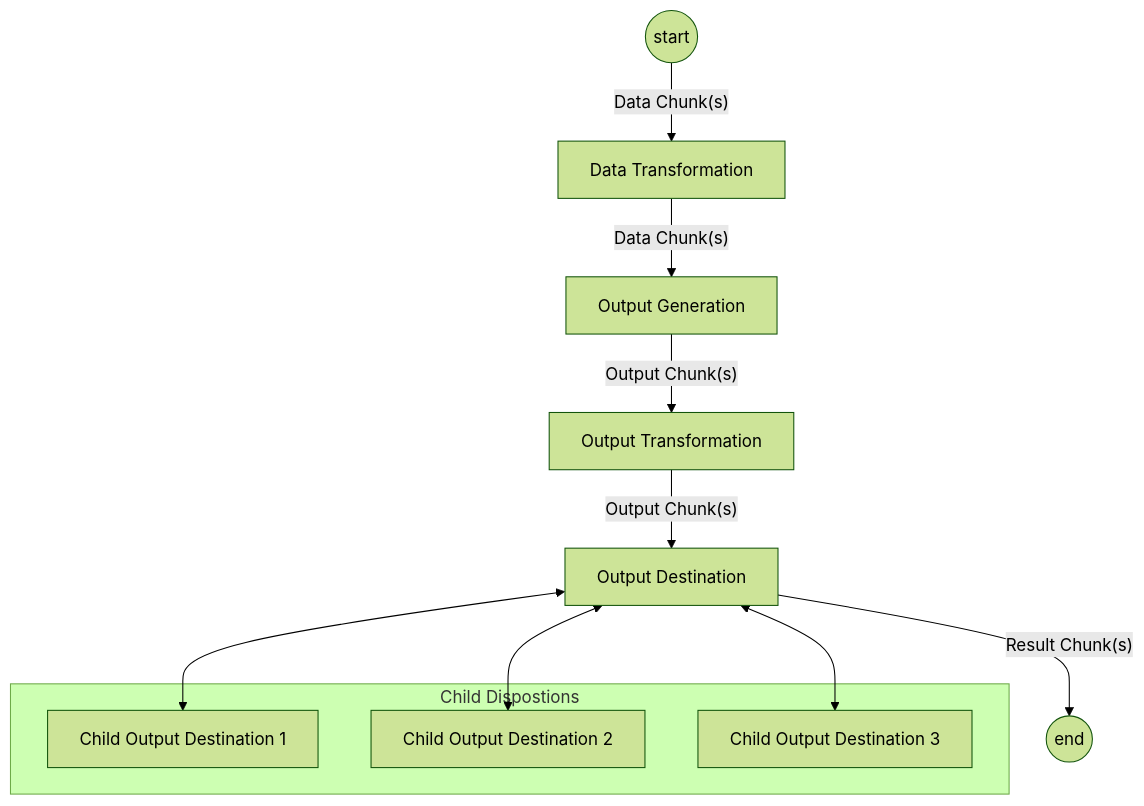
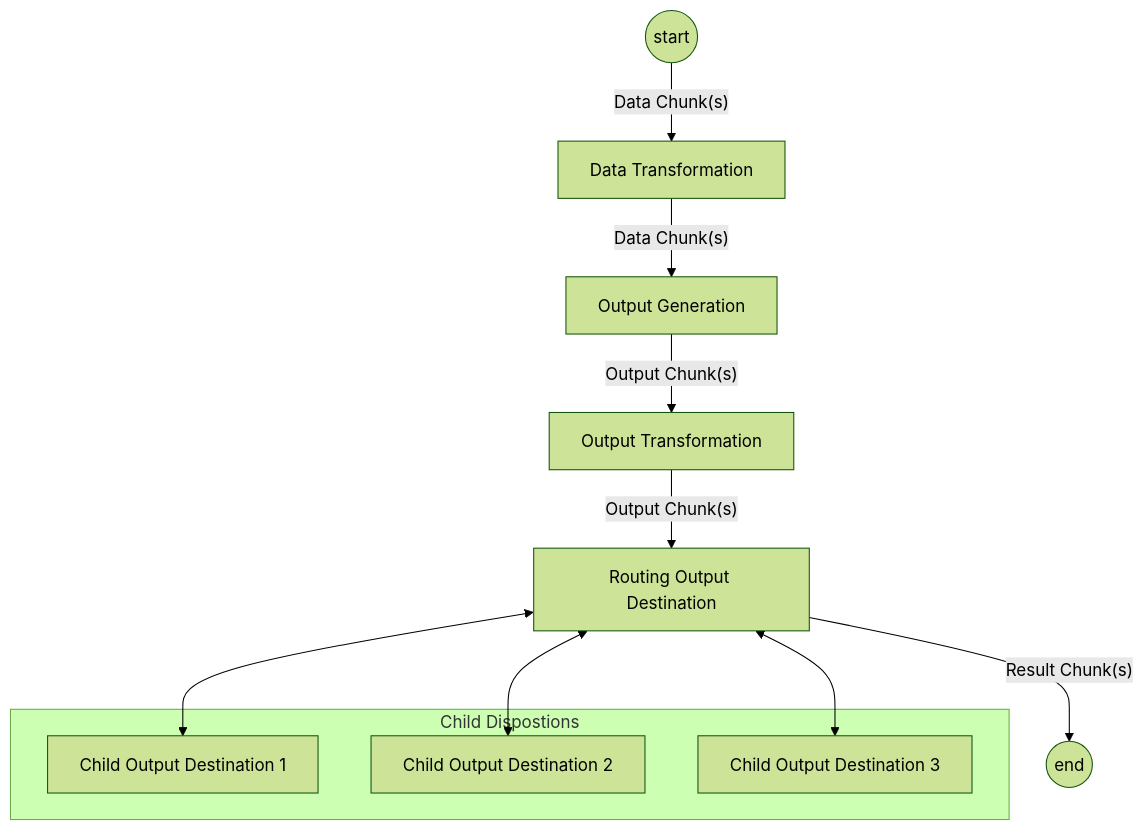
The fourth of 4 diagrams in README.md (4PointSolutions/FormsPipeline), drawn with Mermaid (forest theme) before and after one commit. The commit also changed other lines of this file, not shown here.

Commit message:
Clarified aggregate operations in README diagrams

````diff
--- a/README.md
+++ b/README.md
@@ -108,16 +108,16 @@
 ```mermaid
 graph TD
     subgraph Child Dispostions
         B1[Child Output Destination 1]
         B2[Child Output Destination 2]
         B3[Child Output Destination 3]
     end
     A((start))-->|"Data Chunk(s)"| B[Data Transformation]
     B -->|"Data Chunk(s)"| C[Output Generation]
     C -->|"Output Chunk(s)"| D[Output Transformation]
-    D -->|"Output Chunk(s)"| E[Output Destination]
+    D -->|"Output Chunk(s)"| E[Routing Output Destination]
     E <--> B1
     E <--> B2
     E <--> B3
     E -->|"Result Chunk(s)"| F((end))
 ```
````
